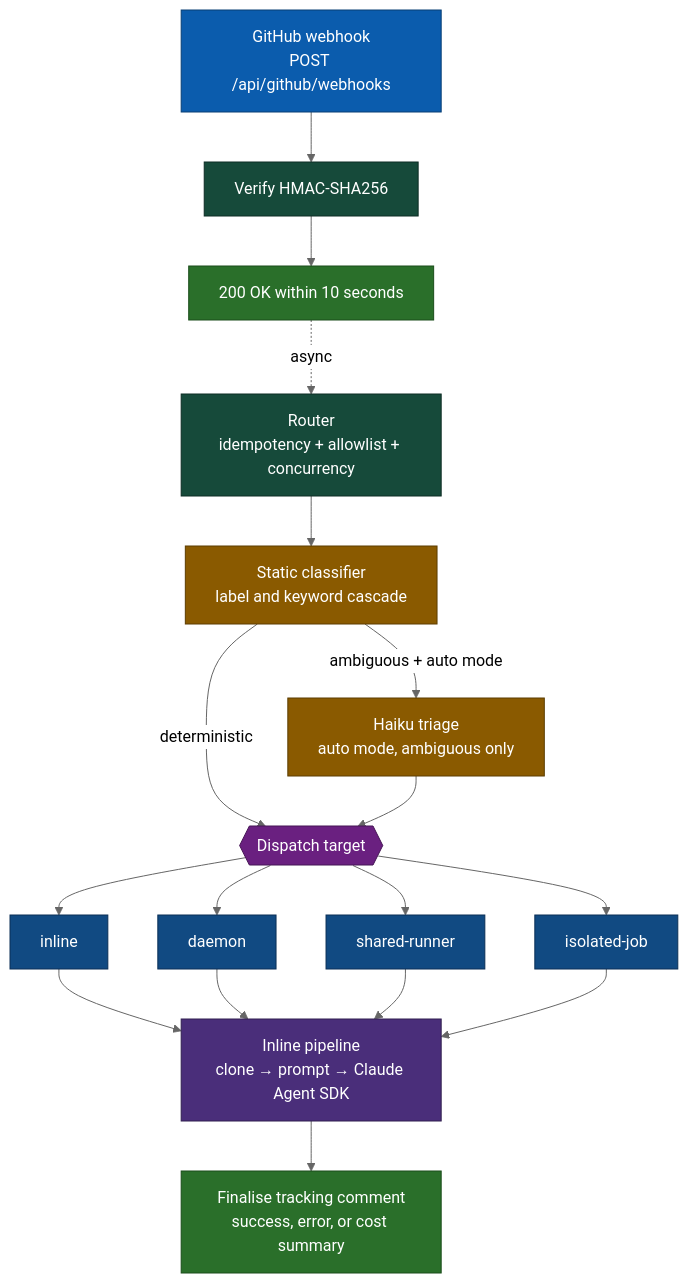
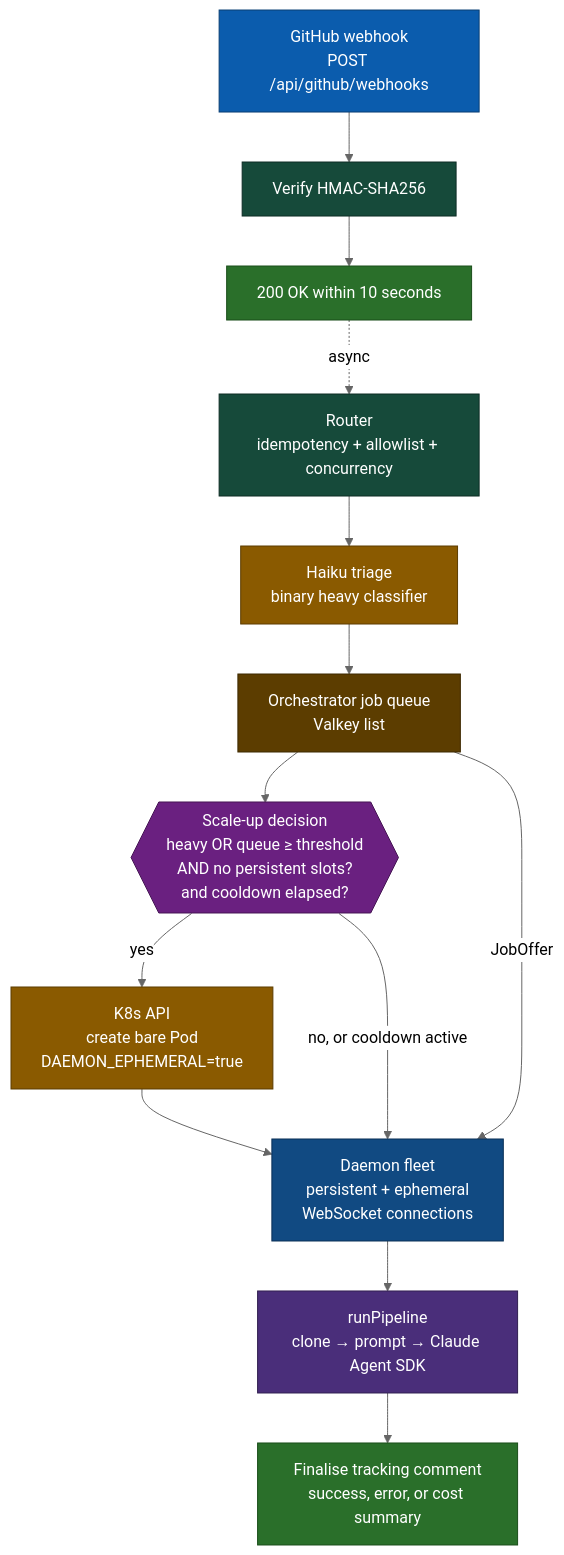
The diagram in docs/ARCHITECTURE.md (chrisleekr/github-app-playground), drawn with Mermaid (neutral theme) before and after one commit. The commit also changed other lines of this file and 59 other files, not shown here.

Commit message:
refactor(dispatch): collapse to daemon-only with K8s ephemeral scaling (#35)

````diff
--- a/docs/ARCHITECTURE.md
+++ b/docs/ARCHITECTURE.md
@@ -7,41 +7,36 @@
 ```mermaid
 flowchart TD
     GH["GitHub webhook<br/>POST /api/github/webhooks"]:::entry
     VERIFY["Verify HMAC-SHA256"]:::guard
     ACK["200 OK within 10 seconds"]:::ack
     ROUTE["Router<br/>idempotency + allowlist + concurrency"]:::guard
-    SC["Static classifier<br/>label and keyword cascade"]:::decide
-    TR["Haiku triage<br/>auto mode, ambiguous only"]:::decide
-    TGT{{"Dispatch target"}}:::fork
-    IN["inline"]:::target
-    DM["daemon"]:::target
-    SR["shared-runner"]:::target
-    IJ["isolated-job"]:::target
-    PIPE["Inline pipeline<br/>clone → prompt → Claude Agent SDK"]:::work
+    TR["Haiku triage<br/>binary heavy classifier"]:::decide
+    QUEUE["Orchestrator job queue<br/>Valkey list"]:::store
+    SCALE{{"Scale-up decision<br/>heavy OR queue ≥ threshold<br/>AND no persistent slots?<br/>and cooldown elapsed?"}}:::fork
+    SPAWN["K8s API<br/>create bare Pod<br/>DAEMON_EPHEMERAL=true"]:::decide
+    FLEET["Daemon fleet<br/>persistent + ephemeral<br/>WebSocket connections"]:::target
+    PIPE["runPipeline<br/>clone → prompt → Claude Agent SDK"]:::work
     FIN["Finalise tracking comment<br/>success, error, or cost summary"]:::done
 
     GH --> VERIFY --> ACK
     ACK -. async .-> ROUTE
-    ROUTE --> SC
-    SC -->|deterministic| TGT
-    SC -->|ambiguous + auto mode| TR
-    TR --> TGT
-    TGT --> IN
-    TGT --> DM
-    TGT --> SR
-    TGT --> IJ
-    IN --> PIPE
-    DM --> PIPE
-    SR --> PIPE
-    IJ --> PIPE
+    ROUTE --> TR
+    TR --> QUEUE
+    QUEUE --> SCALE
+    SCALE -->|yes| SPAWN
+    SPAWN --> FLEET
+    SCALE -->|no, or cooldown active| FLEET
+    QUEUE -->|JobOffer| FLEET
+    FLEET --> PIPE
     PIPE --> FIN
 
     classDef entry fill:#0b5cad,stroke:#083e74,color:#ffffff
     classDef guard fill:#164a3a,stroke:#0d2c24,color:#ffffff
     classDef ack fill:#2a6f2a,stroke:#1a4d1a,color:#ffffff
     classDef decide fill:#8a5a00,stroke:#5c3d00,color:#ffffff
     classDef fork fill:#6a2080,stroke:#451454,color:#ffffff
     classDef target fill:#114a82,stroke:#0a2f56,color:#ffffff
     classDef work fill:#4a2e7a,stroke:#311f50,color:#ffffff
+    classDef store fill:#5c3d00,stroke:#3d2900,color:#ffffff
     classDef done fill:#2a6f2a,stroke:#1a4d1a,color:#ffffff
 ```
````
